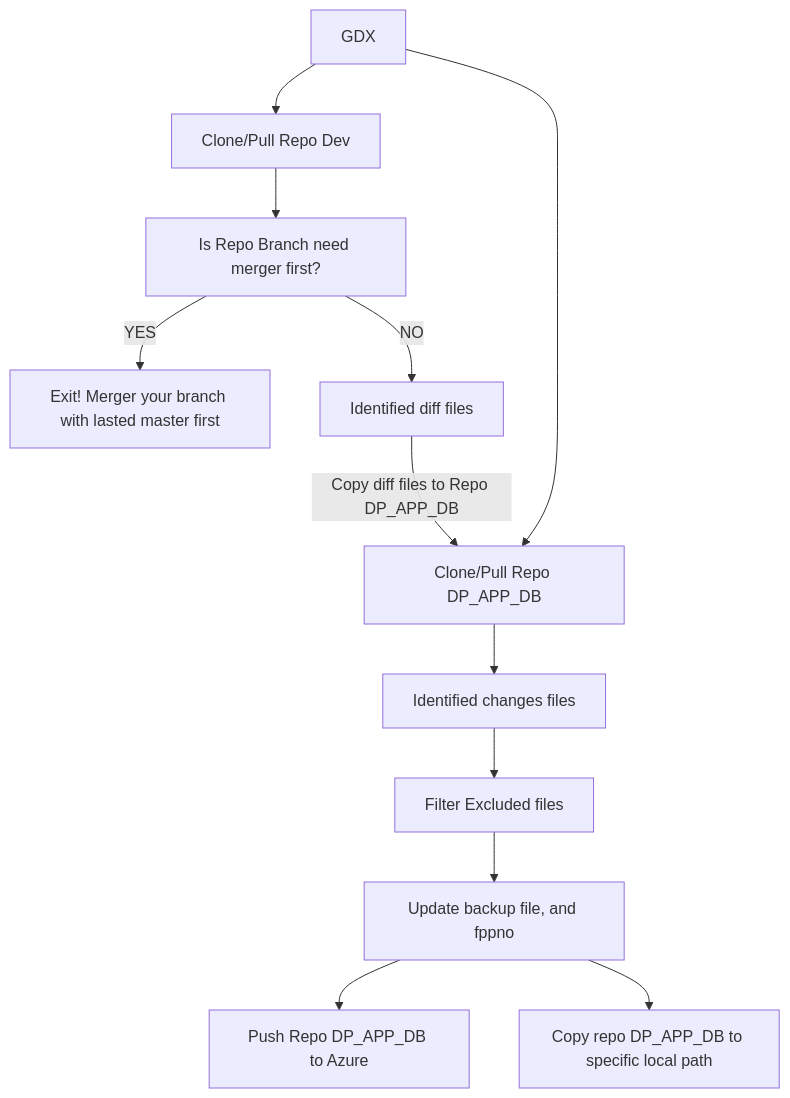
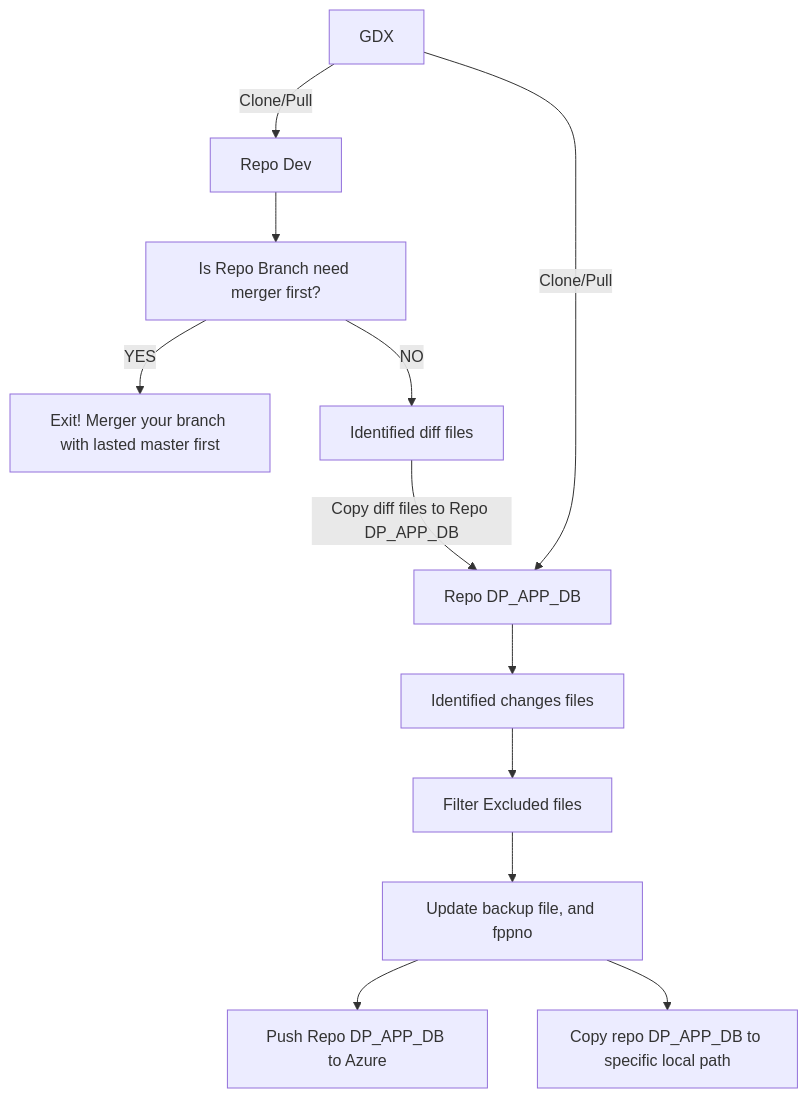
The diagram in README.md (vierilusen/git-diff-x), drawn with Mermaid before and after one commit.

````diff
--- a/README.md
+++ b/README.md
@@ -19,14 +19,14 @@
 ```mermaid
 flowchart TD;
-    A[GDX]-->B[Clone/Pull Repo Dev];
-    A-->C[Clone/Pull Repo DP_APP_DB];
+    A[GDX]-->|Clone/Pull| B[Repo Dev];
+    A-->|Clone/Pull| C[Repo DP_APP_DB];
     B-->D[Is Repo Branch need merger first?];
     D-->|YES| G[Exit! Merger your branch with lasted master first];
     D-->|NO| I[Identified diff files]
     I-->|Copy diff files to Repo DP_APP_DB| C;
     C-->J[Identified changes files];
     J-->K[Filter Excluded files];
     K-->P[Update backup file, and fppno];
     P-->L[Push Repo DP_APP_DB to Azure];
     P-->M[Copy repo DP_APP_DB to specific local path];
 ```
````
